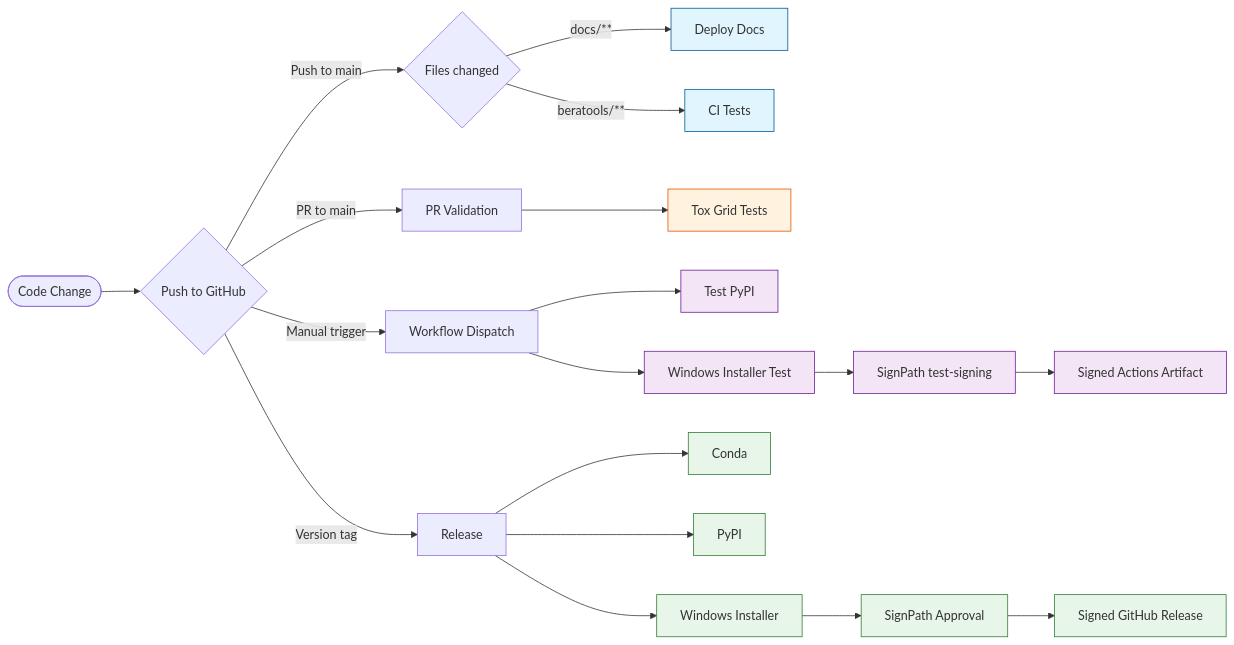
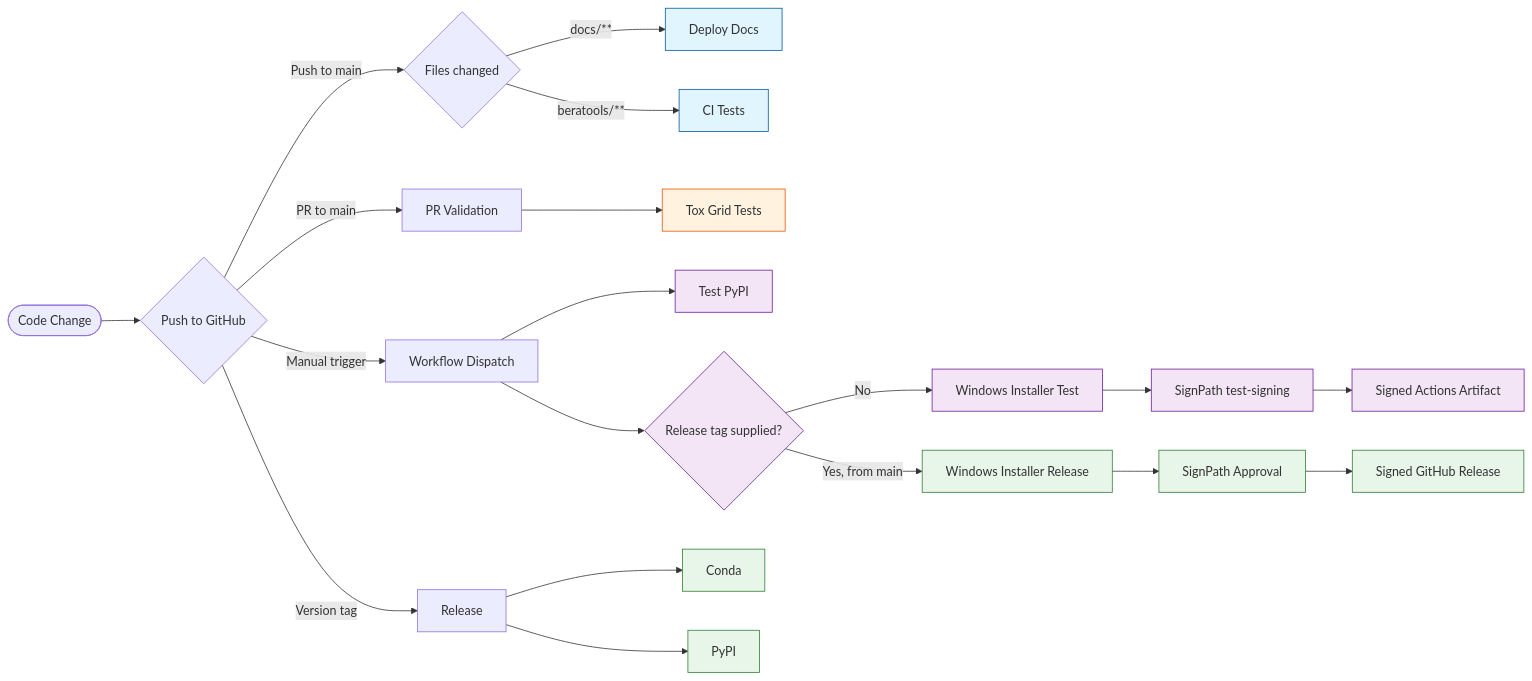
Before and after one commit to appliedgrg/beratools: the diagram in docs/files/developer/maintainer.md, drawn with Mermaid. The commit also changed other lines of this file and 4 other files, not shown here.

First line of the commit message:
Switch installer release to manual dispatch (#99)

````diff
--- a/docs/files/developer/maintainer.md
+++ b/docs/files/developer/maintainer.md
@@ -96,34 +92,35 @@
 ```mermaid
 flowchart LR
     Start([Code Change]) --> CheckType{Push to GitHub}
     
     CheckType -->|Push to main| Files{Files changed}
     Files -->|docs/**| Mkdocs[Deploy Docs]
     Files -->|beratools/**| Pytest[CI Tests]
     
     CheckType -->|PR to main| PR[PR Validation]
     PR --> Tox[Tox Grid Tests]
 
     CheckType -->|Manual trigger| Manual[Workflow Dispatch]
     Manual --> PyPITest[Test PyPI]
-    Manual --> InstallerTest[Windows Installer Test]
+    Manual --> InstallerMode{Release tag supplied?}
+    InstallerMode -->|No| InstallerTest[Windows Installer Test]
     InstallerTest --> TestSign[SignPath test-signing]
     TestSign --> SignedTest[Signed Actions Artifact]
+    InstallerMode -->|Yes, from main| WindowsInstaller[Windows Installer Release]
+    WindowsInstaller --> SignPathApproval[SignPath Approval]
+    SignPathApproval --> SignedRelease[Signed GitHub Release]
     
     CheckType -->|Version tag| Release[Release]
     Release --> Anaconda[Conda]
     Release --> PyPI[PyPI]
-    Release --> WindowsInstaller[Windows Installer]
-    WindowsInstaller --> SignPathApproval[SignPath Approval]
-    SignPathApproval --> SignedRelease[Signed GitHub Release]
     
     classDef push fill:#e1f5ff,stroke:#01579b
     classDef pr fill:#fff3e0,stroke:#e65100
     classDef manual fill:#f3e5f5,stroke:#6a1b9a
     classDef rel fill:#e8f5e9,stroke:#2e7d32
     
     class Mkdocs,Pytest push
-    class PyPITest,InstallerTest,TestSign,SignedTest manual
+    class PyPITest,InstallerMode,InstallerTest,TestSign,SignedTest manual
     class Tox pr
     class Anaconda,PyPI,WindowsInstaller,SignPathApproval,SignedRelease rel
 ```
````
